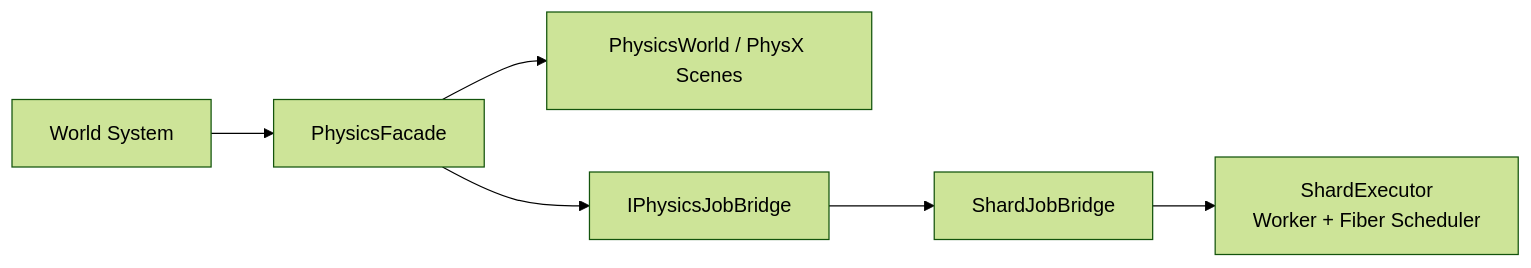
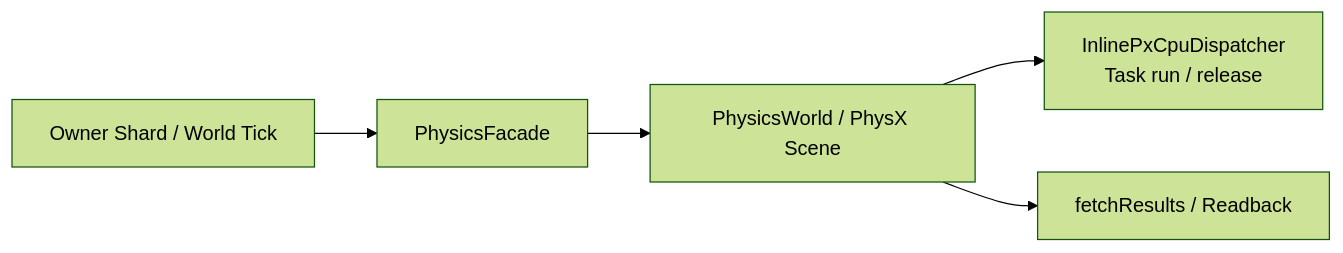
One commit to akxotjr/akxotjr.github.io changed the first of 5 diagrams in content/Projects/Jam/Physics/03. PhysX Integration and Scheduling.md. Above: the diagram before and after it, drawn with Mermaid (forest theme). The commit also changed other lines of this file and 34 other files, not shown here.

````diff
--- a/content/Projects/Jam/Physics/03. PhysX Integration and Scheduling.md
+++ b/content/Projects/Jam/Physics/03. PhysX Integration and Scheduling.md
@@ -17,13 +12,7 @@
 ```mermaid
 flowchart LR
-    World["World System"]
-    Facade["PhysicsFacade"]
-    Physics["PhysicsWorld / PhysX Scenes"]
-    Bridge["IPhysicsJobBridge"]
-    ShardBridge["ShardJobBridge"]
-    Executor["ShardExecutor<br/>Worker + Fiber Scheduler"]
-
-    World --> Facade
-    Facade --> Physics
-    Facade --> Bridge --> ShardBridge --> Executor
+    World["Owner Shard / World Tick"] --> Facade["PhysicsFacade"]
+    Facade --> Physics["PhysicsWorld / PhysX Scene"]
+    Physics --> Dispatcher["InlinePxCpuDispatcher<br/>Task run / release"]
+    Physics --> Results["fetchResults / Readback"]
 ```
````
